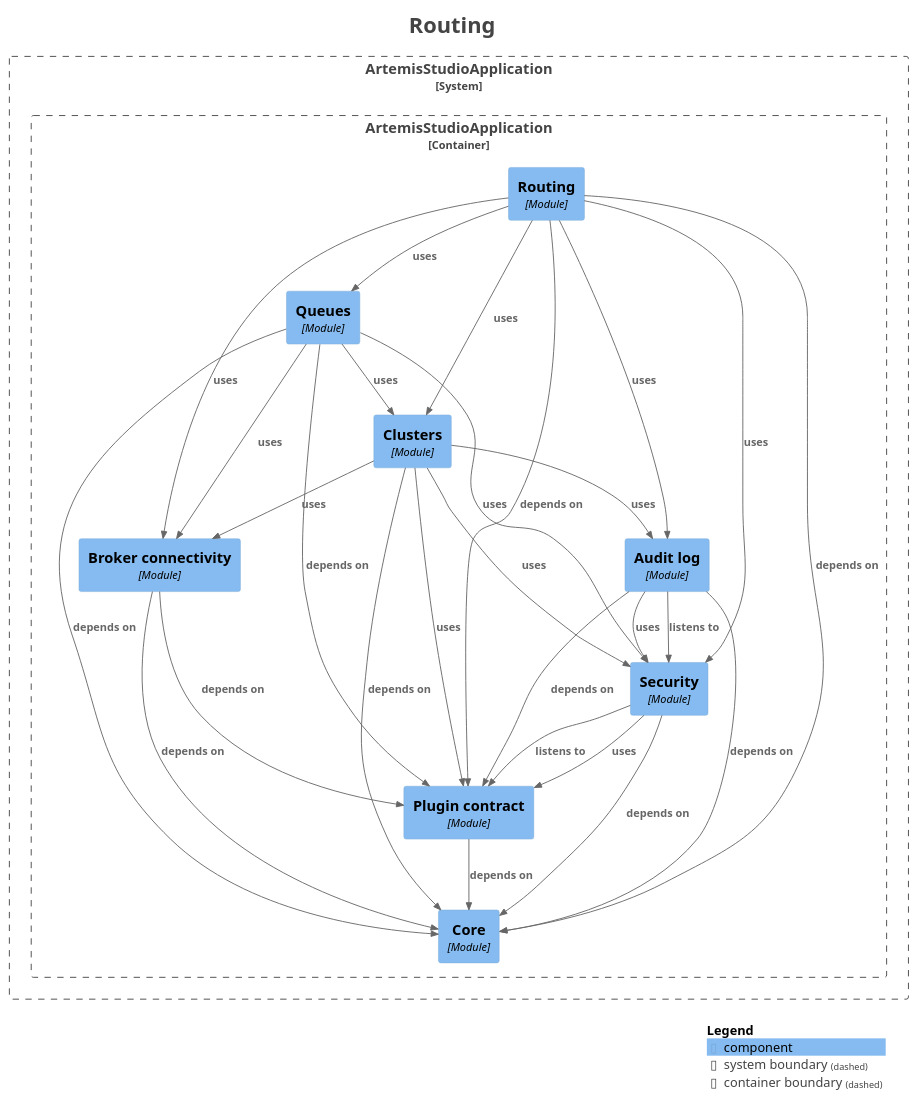
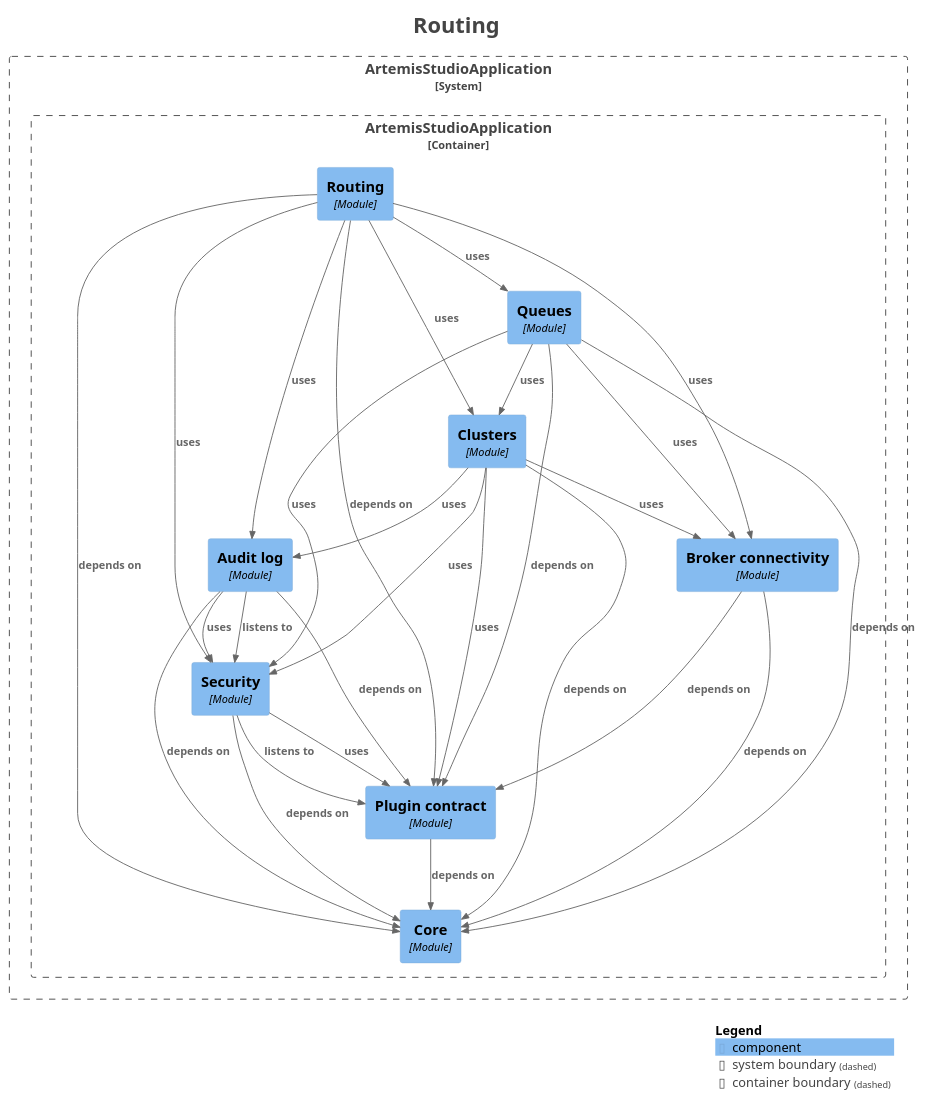
The diagram in docs/modules/module-feature.routing.puml (sudoitir/artemis-studio), drawn with PlantUML before and after one commit. The commit also changed other lines of this file and 33 other files, not shown here.

First line of the commit message:
test(architecture): sort module diagram components so diagrams change only with the graph

```diff
--- a/docs/modules/module-feature.routing.puml
+++ b/docs/modules/module-feature.routing.puml
@@ -1,62 +1,62 @@
 @startuml
 title <size:24>Routing</size>
 
 set separator none
 top to bottom direction
 
 <style>
   root {
     BackgroundColor: #ffffff
     FontColor: #444444
   }
 </style>
 
 !include <C4/C4>
 !include <C4/C4_Context>
 !include <C4/C4_Component>
 
 System_Boundary("ArtemisStudioApplication_boundary", "ArtemisStudioApplication", $tags="") {
   Container_Boundary("ArtemisStudioApplication.ArtemisStudioApplication_boundary", "ArtemisStudioApplication", $tags="") {
+    Component(ArtemisStudioApplication.ArtemisStudioApplication.Auditlog, "Audit log", $techn="Module", $descr="", $tags="", $link="")
     Component(ArtemisStudioApplication.ArtemisStudioApplication.Brokerconnectivity, "Broker connectivity", $techn="Module", $descr="", $tags="", $link="")
     Component(ArtemisStudioApplication.ArtemisStudioApplication.Clusters, "Clusters", $techn="Module", $descr="", $tags="", $link="")
+    Component(ArtemisStudioApplication.ArtemisStudioApplication.Core, "Core", $techn="Module", $descr="", $tags="", $link="")
+    Component(ArtemisStudioApplication.ArtemisStudioApplication.Plugincontract, "Plugin contract", $techn="Module", $descr="", $tags="", $link="")
     Component(ArtemisStudioApplication.ArtemisStudioApplication.Queues, "Queues", $techn="Module", $descr="", $tags="", $link="")
-    Component(ArtemisStudioApplication.ArtemisStudioApplication.Core, "Core", $techn="Module", $descr="", $tags="", $link="")
     Component(ArtemisStudioApplication.ArtemisStudioApplication.Routing, "Routing", $techn="Module", $descr="", $tags="", $link="")
-    Component(ArtemisStudioApplication.ArtemisStudioApplication.Plugincontract, "Plugin contract", $techn="Module", $descr="", $tags="", $link="")
     Component(ArtemisStudioApplication.ArtemisStudioApplication.Security, "Security", $techn="Module", $descr="", $tags="", $link="")
-    Component(ArtemisStudioApplication.ArtemisStudioApplication.Auditlog, "Audit log", $techn="Module", $descr="", $tags="", $link="")
   }
 
 }
 
 Rel(ArtemisStudioApplication.ArtemisStudioApplication.Auditlog, ArtemisStudioApplication.ArtemisStudioApplication.Core, "depends on", $techn="", $tags="", $link="")
 Rel(ArtemisStudioApplication.ArtemisStudioApplication.Auditlog, ArtemisStudioApplication.ArtemisStudioApplication.Plugincontract, "depends on", $techn="", $tags="", $link="")
 Rel(ArtemisStudioApplication.ArtemisStudioApplication.Auditlog, ArtemisStudioApplication.ArtemisStudioApplication.Security, "listens to", $techn="", $tags="", $link="")
 Rel(ArtemisStudioApplication.ArtemisStudioApplication.Auditlog, ArtemisStudioApplication.ArtemisStudioApplication.Security, "uses", $techn="", $tags="", $link="")
 Rel(ArtemisStudioApplication.ArtemisStudioApplication.Brokerconnectivity, ArtemisStudioApplication.ArtemisStudioApplication.Core, "depends on", $techn="", $tags="", $link="")
 Rel(ArtemisStudioApplication.ArtemisStudioApplication.Brokerconnectivity, ArtemisStudioApplication.ArtemisStudioApplication.Plugincontract, "depends on", $techn="", $tags="", $link="")
 Rel(ArtemisStudioApplication.ArtemisStudioApplication.Clusters, ArtemisStudioApplication.ArtemisStudioApplication.Auditlog, "uses", $techn="", $tags="", $link="")
 Rel(ArtemisStudioApplication.ArtemisStudioApplication.Clusters, ArtemisStudioApplication.ArtemisStudioApplication.Brokerconnectivity, "uses", $techn="", $tags="", $link="")
 Rel(ArtemisStudioApplication.ArtemisStudioApplication.Clusters, ArtemisStudioApplication.ArtemisStudioApplication.Core, "depends on", $techn="", $tags="", $link="")
 Rel(ArtemisStudioApplication.ArtemisStudioApplication.Clusters, ArtemisStudioApplication.ArtemisStudioApplication.Plugincontract, "uses", $techn="", $tags="", $link="")
 Rel(ArtemisStudioApplication.ArtemisStudioApplication.Clusters, ArtemisStudioApplication.ArtemisStudioApplication.Security, "uses", $techn="", $tags="", $link="")
 Rel(ArtemisStudioApplication.ArtemisStudioApplication.Plugincontract, ArtemisStudioApplication.ArtemisStudioApplication.Core, "depends on", $techn="", $tags="", $link="")
 Rel(ArtemisStudioApplication.ArtemisStudioApplication.Queues, ArtemisStudioApplication.ArtemisStudioApplication.Brokerconnectivity, "uses", $techn="", $tags="", $link="")
 Rel(ArtemisStudioApplication.ArtemisStudioApplication.Queues, ArtemisStudioApplication.ArtemisStudioApplication.Clusters, "uses", $techn="", $tags="", $link="")
 Rel(ArtemisStudioApplication.ArtemisStudioApplication.Queues, ArtemisStudioApplication.ArtemisStudioApplication.Core, "depends on", $techn="", $tags="", $link="")
 Rel(ArtemisStudioApplication.ArtemisStudioApplication.Queues, ArtemisStudioApplication.ArtemisStudioApplication.Plugincontract, "depends on", $techn="", $tags="", $link="")
 Rel(ArtemisStudioApplication.ArtemisStudioApplication.Queues, ArtemisStudioApplication.ArtemisStudioApplication.Security, "uses", $techn="", $tags="", $link="")
 Rel(ArtemisStudioApplication.ArtemisStudioApplication.Routing, ArtemisStudioApplication.ArtemisStudioApplication.Auditlog, "uses", $techn="", $tags="", $link="")
 Rel(ArtemisStudioApplication.ArtemisStudioApplication.Routing, ArtemisStudioApplication.ArtemisStudioApplication.Brokerconnectivity, "uses", $techn="", $tags="", $link="")
 Rel(ArtemisStudioApplication.ArtemisStudioApplication.Routing, ArtemisStudioApplication.ArtemisStudioApplication.Clusters, "uses", $techn="", $tags="", $link="")
 Rel(ArtemisStudioApplication.ArtemisStudioApplication.Routing, ArtemisStudioApplication.ArtemisStudioApplication.Core, "depends on", $techn="", $tags="", $link="")
 Rel(ArtemisStudioApplication.ArtemisStudioApplication.Routing, ArtemisStudioApplication.ArtemisStudioApplication.Plugincontract, "depends on", $techn="", $tags="", $link="")
 Rel(ArtemisStudioApplication.ArtemisStudioApplication.Routing, ArtemisStudioApplication.ArtemisStudioApplication.Queues, "uses", $techn="", $tags="", $link="")
 Rel(ArtemisStudioApplication.ArtemisStudioApplication.Routing, ArtemisStudioApplication.ArtemisStudioApplication.Security, "uses", $techn="", $tags="", $link="")
 Rel(ArtemisStudioApplication.ArtemisStudioApplication.Security, ArtemisStudioApplication.ArtemisStudioApplication.Core, "depends on", $techn="", $tags="", $link="")
 Rel(ArtemisStudioApplication.ArtemisStudioApplication.Security, ArtemisStudioApplication.ArtemisStudioApplication.Plugincontract, "listens to", $techn="", $tags="", $link="")
 Rel(ArtemisStudioApplication.ArtemisStudioApplication.Security, ArtemisStudioApplication.ArtemisStudioApplication.Plugincontract, "uses", $techn="", $tags="", $link="")
 
 SHOW_LEGEND(true)
 hide stereotypes
 @enduml
```
